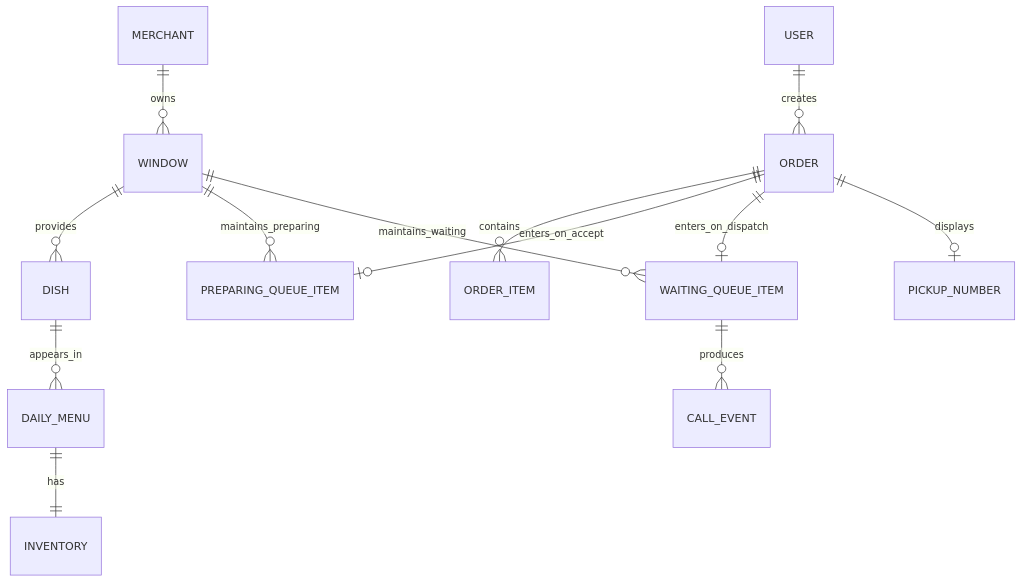
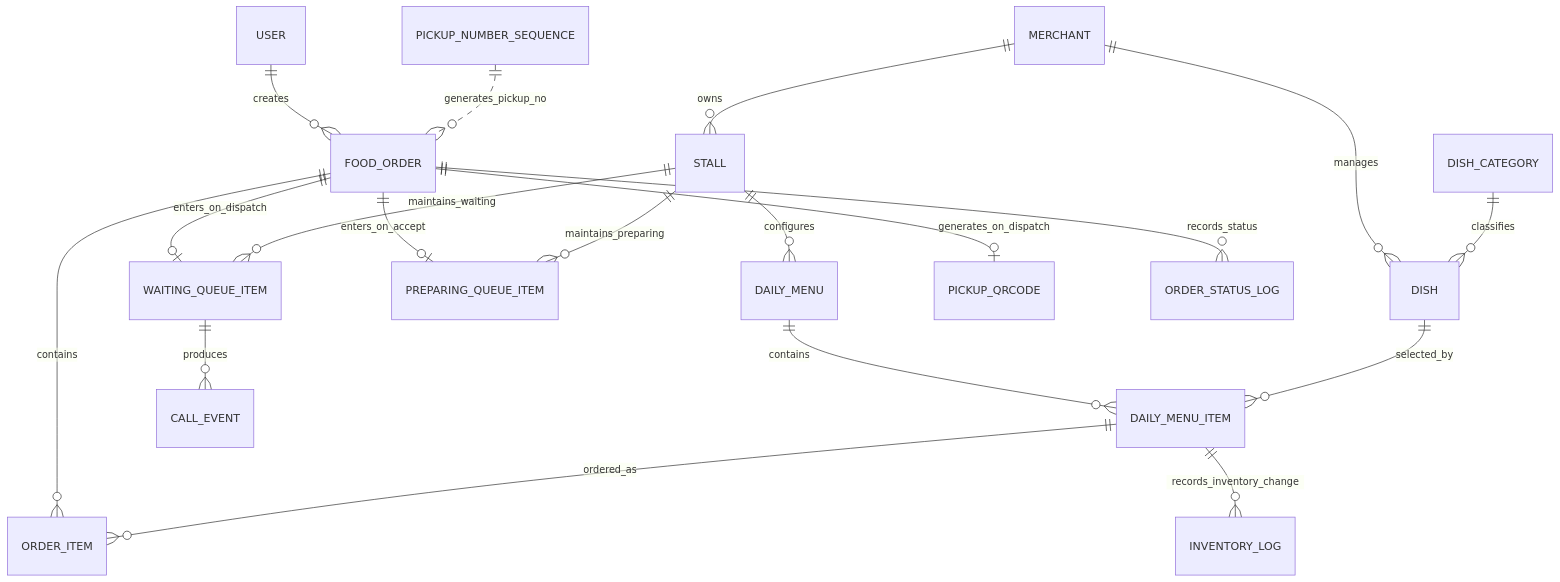
The fourth of 5 diagrams in docs/A智能食堂系统概要设计说明书.md (ZhongJiating26/smart-canteen), drawn with Mermaid before and after one commit. The commit also changed other lines of this file and 144 other files, not shown here.

Commit message:
feat: implement menu and pickup services

````diff
--- a/docs/A智能食堂系统概要设计说明书.md
+++ b/docs/A智能食堂系统概要设计说明书.md
@@ -290,15 +290,28 @@
 ```mermaid
 erDiagram
-    USER ||--o{ ORDER : creates
-    MERCHANT ||--o{ WINDOW : owns
-    WINDOW ||--o{ DISH : provides
-    DISH ||--o{ DAILY_MENU : appears_in
-    DAILY_MENU ||--|| INVENTORY : has
-    ORDER ||--o{ ORDER_ITEM : contains
-    ORDER ||--o| PREPARING_QUEUE_ITEM : enters_on_accept
-    ORDER ||--o| WAITING_QUEUE_ITEM : enters_on_dispatch
-    WINDOW ||--o{ PREPARING_QUEUE_ITEM : maintains_preparing
-    WINDOW ||--o{ WAITING_QUEUE_ITEM : maintains_waiting
+    USER ||--o{ FOOD_ORDER : creates
+
+    MERCHANT ||--o{ STALL : owns
+    MERCHANT ||--o{ DISH : manages
+    DISH_CATEGORY ||--o{ DISH : classifies
+
+    STALL ||--o{ DAILY_MENU : configures
+    DAILY_MENU ||--o{ DAILY_MENU_ITEM : contains
+    DISH ||--o{ DAILY_MENU_ITEM : selected_by
+
+    FOOD_ORDER ||--o{ ORDER_ITEM : contains
+    DAILY_MENU_ITEM ||--o{ ORDER_ITEM : ordered_as
+
+    FOOD_ORDER ||--o| PREPARING_QUEUE_ITEM : enters_on_accept
+    FOOD_ORDER ||--o| WAITING_QUEUE_ITEM : enters_on_dispatch
+
+    STALL ||--o{ PREPARING_QUEUE_ITEM : maintains_preparing
+    STALL ||--o{ WAITING_QUEUE_ITEM : maintains_waiting
+
     WAITING_QUEUE_ITEM ||--o{ CALL_EVENT : produces
-    ORDER ||--o| PICKUP_NUMBER : displays
+    FOOD_ORDER ||--o| PICKUP_QRCODE : generates_on_dispatch
+    FOOD_ORDER ||--o{ ORDER_STATUS_LOG : records_status
+    DAILY_MENU_ITEM ||--o{ INVENTORY_LOG : records_inventory_change
+
+    PICKUP_NUMBER_SEQUENCE ||..o{ FOOD_ORDER : generates_pickup_no
 ```
````
